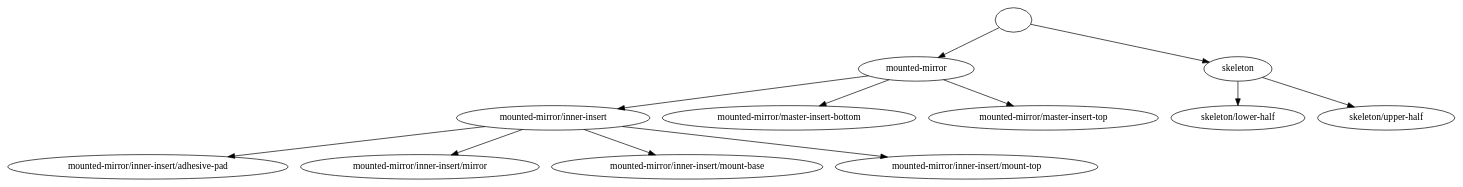
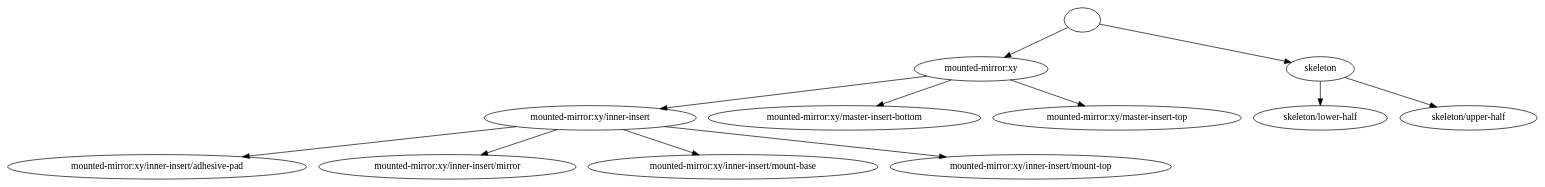
Before and after one commit to openUC2/optikit: the diagram in examples/designs/cube-mounted/mirror-static.dsn/_assembly-graph:z.dot, drawn with Graphviz. The commit also changed 19 other files, not shown here.

Commit message:
Improve node & edge labels in assembly graph

```diff
--- a/examples/designs/cube-mounted/mirror-static.dsn/_assembly-graph:z.dot
+++ b/examples/designs/cube-mounted/mirror-static.dsn/_assembly-graph:z.dot
@@ -1,74 +1,74 @@
 strict digraph "" {
-	graph [bb="0,0,1809.7,252"];
+	graph [bb="0,0,1921,252"];
 	node [label="\N"];
 	edge [label="\E"];
 	""	[height=0.5,
-		pos="1252.5,234",
+		pos="1345.9,234",
 		width=0.75];
-	"mounted-mirror"	[height=0.5,
-		pos="1130.5,162",
-		width=2.0199];
-	"" -> "mounted-mirror"	[key=" -> mounted-mirror",
+	"mounted-mirror:xy"	[height=0.5,
+		pos="1216.9,162",
+		width=2.3627];
+	"" -> "mounted-mirror:xy"	[key=" -> mounted-mirror:xy",
 		label="",
-		pos="e,1158.5,179.03 1232.4,221.44 1215.1,211.5 1189.6,196.88 1168.4,184.75"];
+		pos="e,1246.8,179.25 1325.4,221.91 1307.1,211.95 1279.6,197.03 1256.9,184.71"];
 	skeleton	[height=0.5,
-		pos="1533.5,162",
+		pos="1644.9,162",
 		width=1.2005];
 	"" -> skeleton	[key=" -> skeleton",
 		label="",
-		pos="e,1497.3,172.02 1277.5,226.79 1324.3,215.13 1426,189.78 1486.2,174.79"];
-	"mounted-mirror/inner-insert"	[height=0.5,
-		pos="678.54,90",
-		width=3.3309];
-	"mounted-mirror" -> "mounted-mirror/inner-insert"	[key="mounted-mirror -> mounted-mirror/inner-insert",
+		pos="e,1607.9,171.66 1371.1,227.09 1420.9,215.43 1532.6,189.29 1596.9,174.24"];
+	"mounted-mirror:xy/inner-insert"	[height=0.5,
+		pos="727.88,90",
+		width=3.6737];
+	"mounted-mirror:xy" -> "mounted-mirror:xy/inner-insert"	[key="mounted-mirror:xy -> mounted-mirror:xy/inner-insert",
 		label="",
-		pos="e,759.67,103.56 1070.1,151.63 993.35,139.75 860.33,119.15 770.9,105.3"];
-	"mounted-mirror/master-insert-bottom"	[height=0.5,
-		pos="972.54,90",
-		width=4.3442];
-	"mounted-mirror" -> "mounted-mirror/master-insert-bottom"	[key="mounted-mirror -> mounted-mirror/master-insert-bottom",
+		pos="e,816.42,103.67 1147.9,151.12 1064.3,139.16 922.91,118.92 827.53,105.26"];
+	"mounted-mirror:xy/master-insert-bottom"	[height=0.5,
+		pos="1046.9,90",
+		width=4.687];
+	"mounted-mirror:xy" -> "mounted-mirror:xy/master-insert-bottom"	[key="mounted-mirror:xy -> mounted-mirror:xy/master-insert-bottom",
 		label="",
-		pos="e,1010.6,107.88 1096.3,145.81 1074.3,136.07 1045.4,123.29 1021.1,112.51"];
-	"mounted-mirror/master-insert-top"	[height=0.5,
-		pos="1288.5,90",
-		width=3.9269];
-	"mounted-mirror" -> "mounted-mirror/master-insert-top"	[key="mounted-mirror -> mounted-mirror/master-insert-top",
+		pos="e,1087.8,107.84 1179.2,145.46 1155.3,135.66 1124.3,122.86 1098.2,112.14"];
+	"mounted-mirror:xy/master-insert-top"	[height=0.5,
+		pos="1386.9,90",
+		width=4.2697];
+	"mounted-mirror:xy" -> "mounted-mirror:xy/master-insert-top"	[key="mounted-mirror:xy -> mounted-mirror:xy/master-insert-top",
 		label="",
-		pos="e,1250.7,107.75 1164.8,145.81 1186.9,136.04 1215.9,123.19 1240.2,112.4"];
-	"mounted-mirror/inner-insert/adhesive-pad"	[height=0.5,
-		pos="173.54,18",
-		width=4.8206];
-	"mounted-mirror/inner-insert" -> "mounted-mirror/inner-insert/adhesive-pad"	[key="mounted-mirror/inner-insert -> mounted-mirror/inner-insert/adhesive-pad",
+		pos="e,1346,107.84 1254.6,145.46 1278.4,135.66 1309.5,122.86 1335.5,112.14"];
+	"mounted-mirror:xy/inner-insert/adhesive-pad"	[height=0.5,
+		pos="185.88,18",
+		width=5.1633];
+	"mounted-mirror:xy/inner-insert" -> "mounted-mirror:xy/inner-insert/adhesive-pad"	[key="mounted-mirror:xy/inner-insert -> mounted-mirror:xy/inner-insert/adhesive-pad",
 		label="",
-		pos="e,274.75,33.029 592.59,77.086 508.12,65.378 378.78,47.449 286.14,34.609"];
-	"mounted-mirror/inner-insert/mirror"	[height=0.5,
-		pos="512.54,18",
-		width=4.0907];
-	"mounted-mirror/inner-insert" -> "mounted-mirror/inner-insert/mirror"	[key="mounted-mirror/inner-insert -> mounted-mirror/inner-insert/mirror",
+		pos="e,294.48,33.026 634.4,76.927 543.42,65.177 404.79,47.272 305.75,34.481"];
+	"mounted-mirror:xy/inner-insert/mirror"	[height=0.5,
+		pos="548.88,18",
+		width=4.4335];
+	"mounted-mirror:xy/inner-insert" -> "mounted-mirror:xy/inner-insert/mirror"	[key="mounted-mirror:xy/inner-insert -> mounted-mirror:xy/inner-insert/mirror",
 		label="",
-		pos="e,552.37,35.795 639.62,72.588 616.75,62.943 587.58,50.645 562.96,40.263"];
-	"mounted-mirror/inner-insert/mount-base"	[height=0.5,
-		pos="845.54,18",
-		width=4.657];
-	"mounted-mirror/inner-insert" -> "mounted-mirror/inner-insert/mount-base"	[key="mounted-mirror/inner-insert -> mounted-mirror/inner-insert/mount-base",
+		pos="e,591.83,35.795 685.91,72.588 661.03,62.857 629.24,50.424 602.54,39.985"];
+	"mounted-mirror:xy/inner-insert/mount-base"	[height=0.5,
+		pos="906.88,18",
+		width=4.9997];
+	"mounted-mirror:xy/inner-insert" -> "mounted-mirror:xy/inner-insert/mount-base"	[key="mounted-mirror:xy/inner-insert -> mounted-mirror:xy/inner-insert/mount-base",
 		label="",
-		pos="e,805.18,35.917 717.69,72.588 740.72,62.935 770.09,50.625 794.87,40.238"];
-	"mounted-mirror/inner-insert/mount-top"	[height=0.5,
-		pos="1193.5,18",
-		width=4.5231];
-	"mounted-mirror/inner-insert" -> "mounted-mirror/inner-insert/mount-top"	[key="mounted-mirror/inner-insert -> mounted-mirror/inner-insert/mount-top",
+		pos="e,863.62,35.917 769.85,72.588 794.64,62.892 826.29,50.515 852.93,40.099"];
+	"mounted-mirror:xy/inner-insert/mount-top"	[height=0.5,
+		pos="1279.9,18",
+		width=4.8659];
+	"mounted-mirror:xy/inner-insert" -> "mounted-mirror:xy/inner-insert/mount-top"	[key="mounted-mirror:xy/inner-insert -> mounted-mirror:xy/inner-insert/mount-top",
 		label="",
-		pos="e,1093.6,32.584 765.32,77.205 852.5,65.354 987.21,47.045 1082.2,34.131"];
+		pos="e,1172.8,32.582 822.14,77.046 915.93,65.153 1060.1,46.868 1161.6,34.005"];
 	"skeleton/lower-half"	[height=0.5,
-		pos="1533.5,90",
+		pos="1644.9,90",
 		width=2.3922];
 	skeleton -> "skeleton/lower-half"	[key="skeleton -> skeleton/lower-half",
 		label="",
-		pos="e,1533.5,108.1 1533.5,143.7 1533.5,136.41 1533.5,127.73 1533.5,119.54"];
+		pos="e,1644.9,108.1 1644.9,143.7 1644.9,136.41 1644.9,127.73 1644.9,119.54"];
 	"skeleton/upper-half"	[height=0.5,
-		pos="1723.5,90",
+		pos="1834.9,90",
 		width=2.3922];
 	skeleton -> "skeleton/upper-half"	[key="skeleton -> skeleton/upper-half",
 		label="",
-		pos="e,1682.5,106.13 1564.9,149.44 1593.9,138.75 1637.6,122.67 1671.8,110.08"];
+		pos="e,1793.8,106.13 1676.3,149.44 1705.3,138.75 1748.9,122.67 1783.1,110.08"];
 }
```
